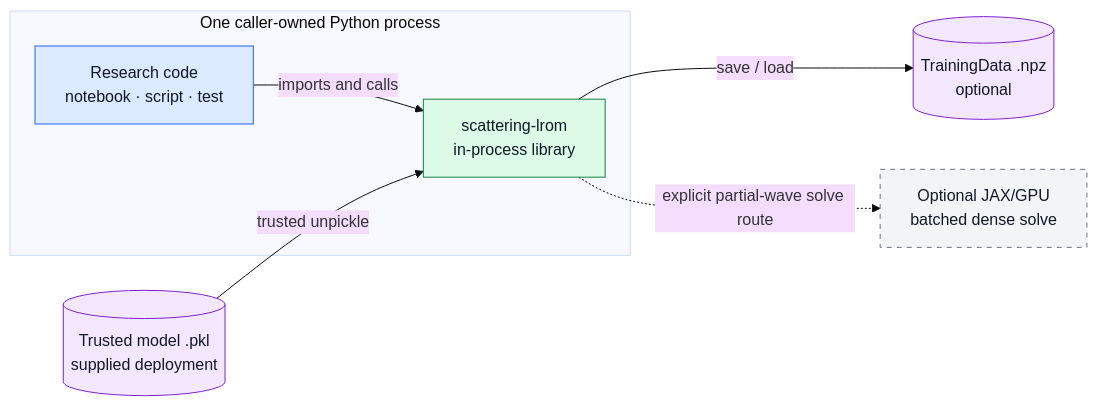
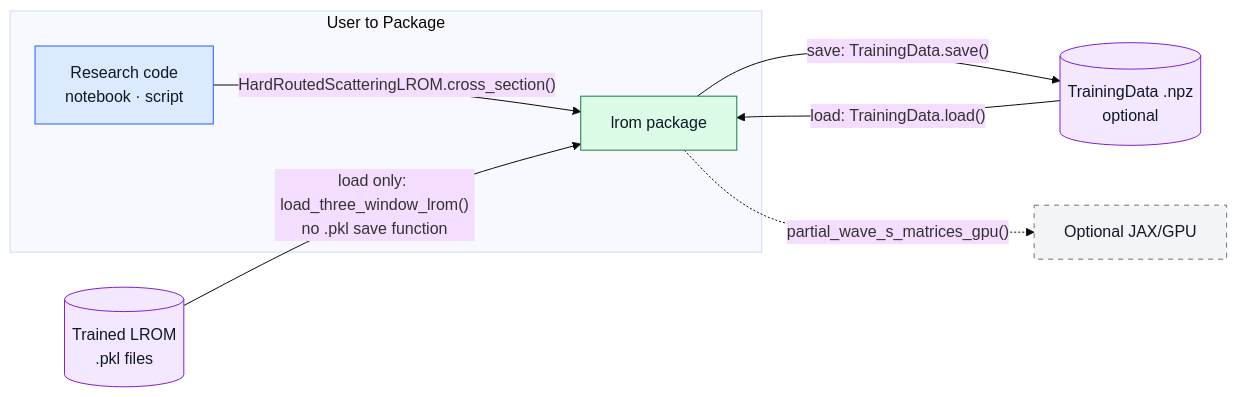
One commit to nitrogen5052/Learning-Reduced-Order-Models changed the first of 6 diagrams in CleanCode/docs/architecture-pack-v5.md. Above: the diagram before and after it, drawn with Mermaid (base theme). The commit also changed other lines of this file and 2 other files, not shown here.

````diff
--- a/CleanCode/docs/architecture-pack-v5.md
+++ b/CleanCode/docs/architecture-pack-v5.md
@@ -25,24 +28,25 @@
 ```mermaid
 flowchart LR
-    subgraph process["One caller-owned Python process"]
-        caller["Research code<br/>notebook · script · test"]
-        library["scattering-lrom<br/>in-process library"]
-        caller -->|imports and calls| library
+    subgraph interaction["User to Package"]
+        caller["Research code<br/>notebook · script"]
+        library["lrom package"]
+        caller -->|"HardRoutedScatteringLROM.cross_section()"| library
     end
     train[("TrainingData .npz<br/>optional")]
-    model[("Trusted model .pkl<br/>supplied deployment")]
-    gpu["Optional JAX/GPU<br/>batched dense solve"]
+    model[("Trained LROM<br/>.pkl files")]
+    gpu["Optional JAX/GPU"]
 
-    library -->|save / load| train
-    model -->|trusted unpickle| library
-    library -.->|explicit partial-wave solve route| gpu
+    library -->|"save: TrainingData.save()"| train
+    train -->|"load: TrainingData.load()"| library
+    model -->|"load only: load_three_window_lrom()<br/>no .pkl save function"| library
+    library -.->|"partial_wave_s_matrices_gpu()"| gpu
 
     classDef person fill:#DBEAFE,stroke:#2563EB,color:#111827
     classDef system fill:#DCFCE7,stroke:#15803D,color:#111827
     classDef store fill:#F3E8FF,stroke:#7E22CE,color:#111827
     classDef optional fill:#F3F4F6,stroke:#6B7280,color:#111827,stroke-dasharray:5 5
     class caller person
     class library system
     class train,model store
     class gpu optional
 ```
````
